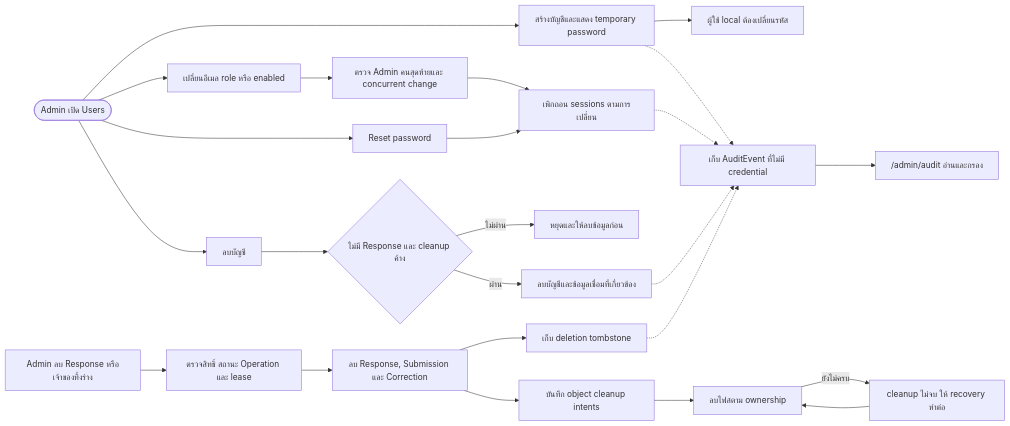
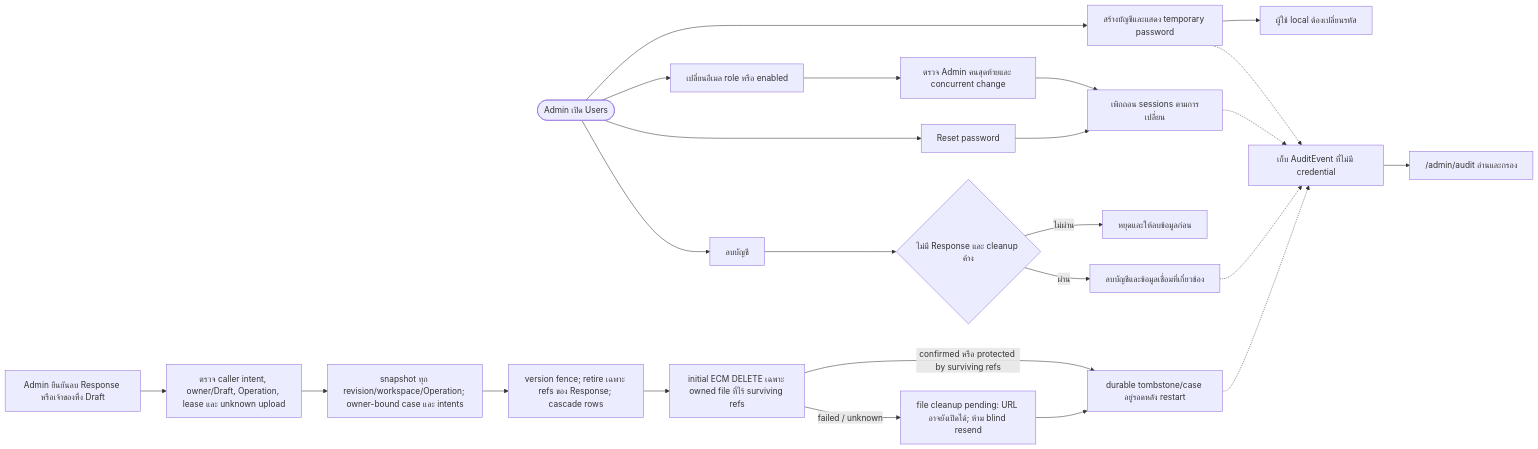
One commit to AquilaStudio2/folio-forms changed the tenth of 23 diagrams in .scratch/system-workflow/system-map.md. Above: the diagram before and after it, drawn with Mermaid. The commit also changed other lines of this file and 22 other files, not shown here.

Commit message:
feat: complete reference-safe ECM response deletion

````diff
--- a/.scratch/system-workflow/system-map.md
+++ b/.scratch/system-workflow/system-map.md
@@ -730,37 +732,38 @@
 ```mermaid
 flowchart LR
     users(["Admin เปิด Users"])
     create["สร้างบัญชีและแสดง temporary password"]
     password["ผู้ใช้ local ต้องเปลี่ยนรหัส"]
     mutate["เปลี่ยนอีเมล role หรือ enabled"]
     guard["ตรวจ Admin คนสุดท้ายและ concurrent change"]
     revoke["เพิกถอน sessions ตามการเปลี่ยน"]
     reset["Reset password"]
     erase["ลบบัญชี"]
     clean{"ไม่มี Response และ cleanup ค้าง"}
     denied["หยุดและให้ลบข้อมูลก่อน"]
     account["ลบบัญชีและข้อมูลเชื่อมที่เกี่ยวข้อง"]
-    response["Admin ลบ Response หรือเจ้าของทิ้งร่าง"]
-    check["ตรวจสิทธิ์ สถานะ Operation และ lease"]
-    delete["ลบ Response, Submission และ Correction"]
-    intents["บันทึก object cleanup intents"]
-    files["ลบไฟล์ตาม ownership"]
-    retry["cleanup ไม่จบ ให้ recovery ทำต่อ"]
-    tombstone["เก็บ deletion tombstone"]
+    response["Admin ยืนยันลบ Response หรือเจ้าของทิ้ง Draft"]
+    check["ตรวจ caller intent, owner/Draft, Operation, lease และ unknown upload"]
+    intents["snapshot ทุก revision/workspace/Operation; owner-bound case และ intents"]
+    delete["version fence; retire เฉพาะ refs ของ Response; cascade rows"]
+    files["initial ECM DELETE เฉพาะ owned file ที่ไร้ surviving refs"]
+    retry["file cleanup pending: URL อาจยังเปิดได้; ห้าม blind resend"]
+    tombstone["durable tombstone/case อยู่รอดหลัง restart"]
     audit["เก็บ AuditEvent ที่ไม่มี credential"]
     view["/admin/audit อ่านและกรอง"]
     users --> create --> password
     users --> mutate --> guard --> revoke
     users --> reset --> revoke
     users --> erase --> clean
     clean -->|"ไม่ผ่าน"| denied
     clean -->|"ผ่าน"| account
-    response --> check --> delete --> intents --> files
-    files -->|"ยังไม่ครบ"| retry --> files
-    delete --> tombstone
+    response --> check --> intents --> delete --> files
+    files -->|"failed / unknown"| retry
+    files -->|"confirmed หรือ protected by surviving refs"| tombstone
+    retry --> tombstone
     create -.-> audit
     revoke -.-> audit
     account -.-> audit
     tombstone -.-> audit
     audit --> view
 ```
````
